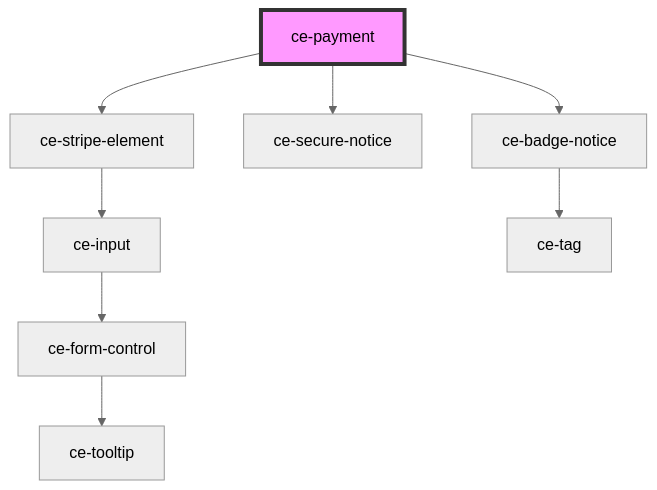
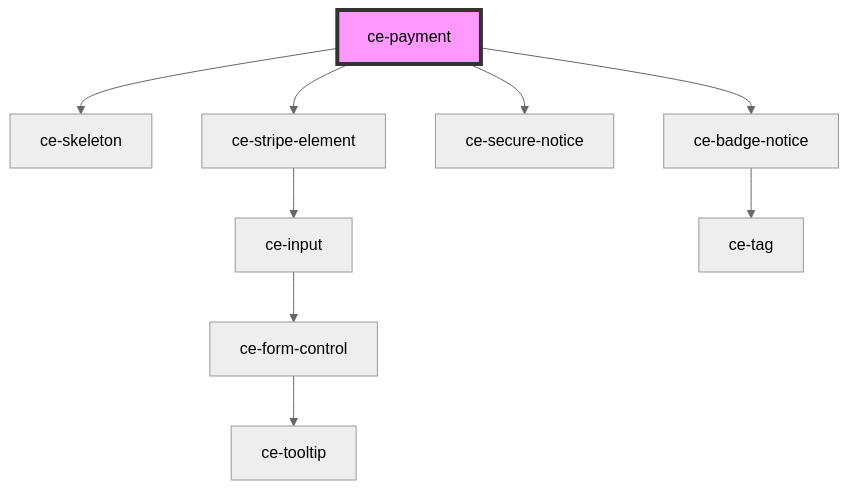
Before and after one commit to surecart/surecart-wp-plugin: the diagram in packages/components/src/components/controllers/payment/readme.md, drawn with Mermaid (neutral theme). The commit also changed other lines of this file and 41 other files, not shown here.

````diff
--- a/packages/components/src/components/controllers/payment/readme.md
+++ b/packages/components/src/components/controllers/payment/readme.md
@@ -31,11 +30,12 @@
 ```mermaid
 graph TD;
+  ce-payment --> ce-skeleton
   ce-payment --> ce-stripe-element
   ce-payment --> ce-secure-notice
   ce-payment --> ce-badge-notice
   ce-stripe-element --> ce-input
   ce-input --> ce-form-control
   ce-form-control --> ce-tooltip
   ce-badge-notice --> ce-tag
   style ce-payment fill:#f9f,stroke:#333,stroke-width:4px
 ```
````
